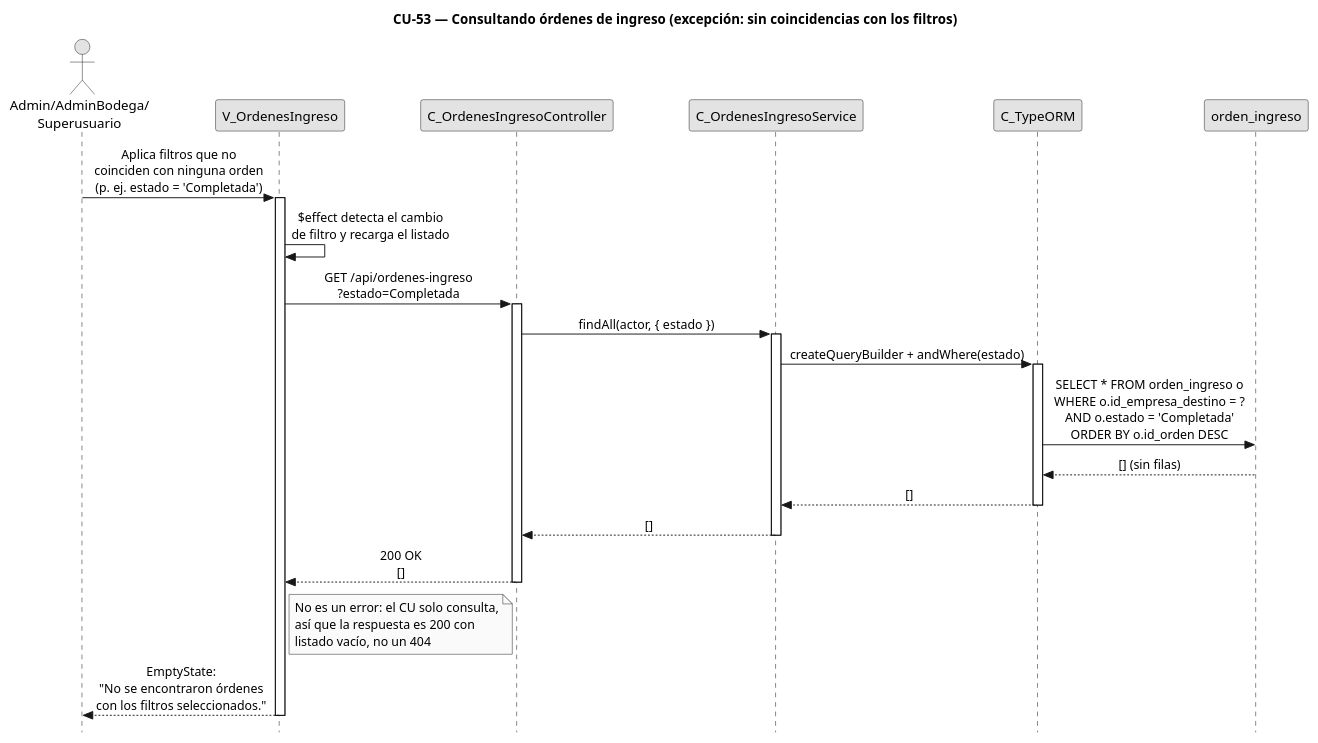
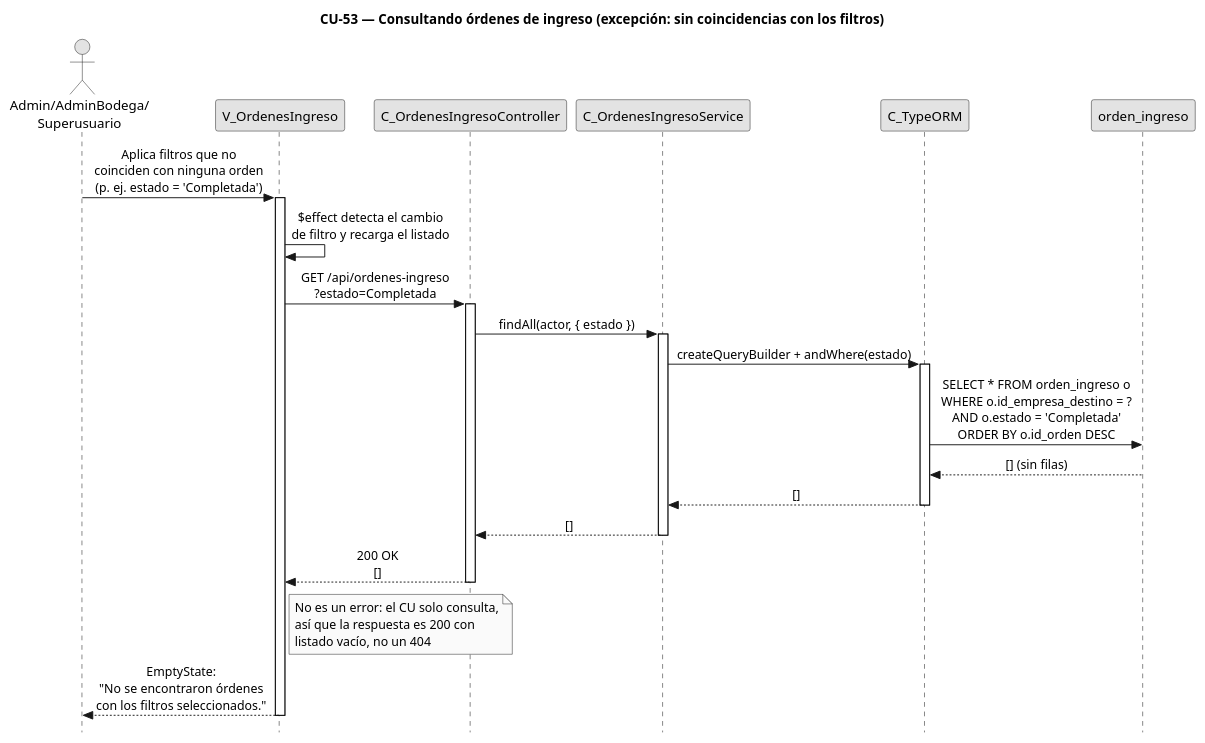
One commit to FSM-Finet-y-Cable-Magico/Team_1-Inventario-y-Bodega changed the diagram in diagramas/diagramas-secuencia/CU53/CU53-exc-sin-resultados.puml. Above: the diagram before and after it, drawn with PlantUML. The commit also changed 363 other files, not shown here.

Commit message:
docs(diagramas): padding via CSS (<style> con participant/actor padding) — elimina el aviso 'Please use CSS style instead of skinparam ParticipantPadding' de todos los PNG

```diff
--- a/diagramas/diagramas-secuencia/CU53/CU53-exc-sin-resultados.puml
+++ b/diagramas/diagramas-secuencia/CU53/CU53-exc-sin-resultados.puml
@@ -1,56 +1,64 @@
 @startuml CU53-ConsultarOrdenesIngreso-Exc-SinResultados
 title CU-53 — Consultando órdenes de ingreso (excepción: sin coincidencias con los filtros)
 
 skinparam style strictuml
 skinparam monochrome true
 skinparam shadowing false
 skinparam sequenceMessageAlign center
-skinparam ParticipantPadding 35
-skinparam ActorPadding 15
+<style>
+sequenceDiagram {
+  participant {
+    padding 35
+  }
+  actor {
+    padding 15
+  }
+}
+</style>
 skinparam sequence {
   MessageAlign center
   LifeLineBorderColor black
 }
 hide footbox
 
 actor "Admin/AdminBodega/\nSuperusuario" as user
 participant "V_OrdenesIngreso" as view
 participant "C_OrdenesIngresoController" as ctrl
 participant "C_OrdenesIngresoService" as svc
 participant "C_TypeORM" as orm
 participant "orden_ingreso" as oing
 
 user -> view : Aplica filtros que no\ncoinciden con ninguna orden\n(p. ej. estado = 'Completada')
 activate view
 
 view -> view : $effect detecta el cambio\nde filtro y recarga el listado
 
 view -> ctrl : GET /api/ordenes-ingreso\n?estado=Completada
 activate ctrl
 
 ctrl -> svc : findAll(actor, { estado })
 activate svc
 
 svc -> orm : createQueryBuilder + andWhere(estado)
 activate orm
 orm -> oing : SELECT * FROM orden_ingreso o\nWHERE o.id_empresa_destino = ?\nAND o.estado = 'Completada'\nORDER BY o.id_orden DESC
 oing --> orm : [] (sin filas)
 orm --> svc : []
 deactivate orm
 
 svc --> ctrl : []
 deactivate svc
 
 ctrl --> view : 200 OK\n[]
 deactivate ctrl
 
 note right of view
   No es un error: el CU solo consulta,
   así que la respuesta es 200 con
   listado vacío, no un 404
 end note
 
 view --> user : EmptyState:\n"No se encontraron órdenes\ncon los filtros seleccionados."
 deactivate view
 
 @enduml
```
